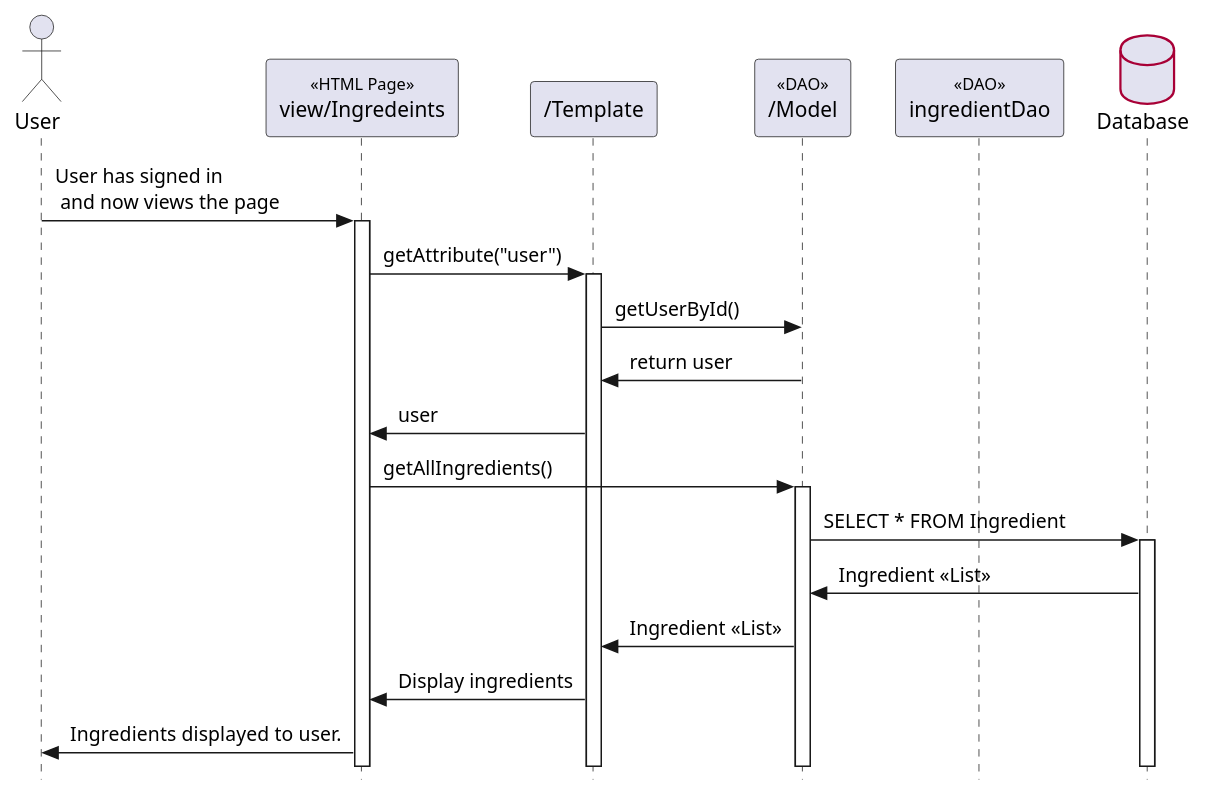
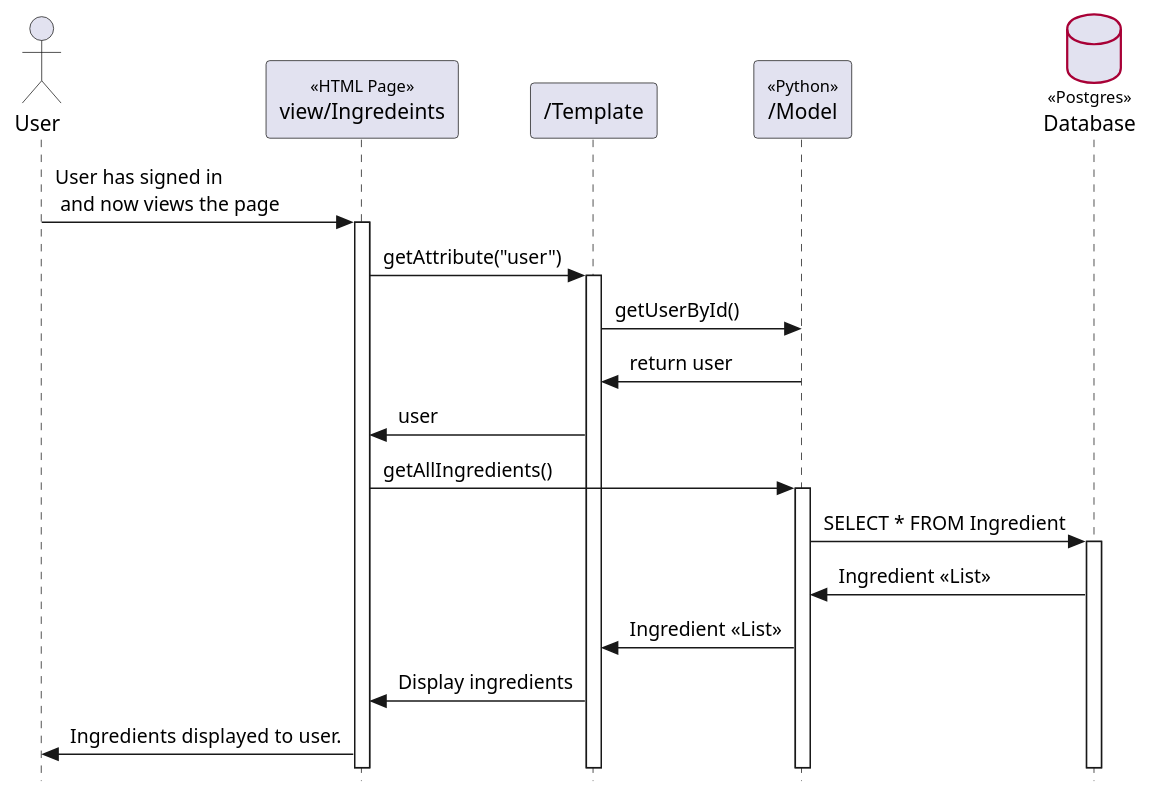
Before and after one commit to bluewolf44/PantryPal: the diagram in Diagrams/UserViewsIngredient.puml, drawn with PlantUML. The commit also changed 1 other file, not shown here.

```diff
--- a/Diagrams/UserViewsIngredient.puml
+++ b/Diagrams/UserViewsIngredient.puml
@@ -1,51 +1,50 @@
 @startuml customerViewsProductPage
 
 ' === Style Tweaks ===
 
 skinparam {
   Style StrictUML
   RoundCorner 5
   ParticipantPadding 10
   Padding 2
   SequenceStereotype {
     Font {
       Size 11
       Style plain
     }
   }
   Database {
 	BorderColor #A80036
   }
 }
 
 
 ' === Actors / Participants
 
 actor "User" as user
 participant "view/Ingredeints" as viewIngredients << HTML Page >>
 participant "/Template" as template
-participant "/Model" as model << DAO >>
-participant "ingredientDao" as ingredientDao << DAO >>
-database "Database" as db
+participant "/Model" as model << Python >>
+database "Database" as db <<Postgres>>
 
 
 ' === Interactions ===
 
 user -> viewIngredients++ : User has signed in\n and now views the page
 
 viewIngredients -> template++ : getAttribute("user")
 template -> model : getUserById()
 model -> template : return user
 template -> viewIngredients : user
 
 
 viewIngredients -> model++ : getAllIngredients()
 model -> db++ : SELECT * FROM Ingredient
 db -> model : Ingredient <<List>>
 model -> template : Ingredient <<List>>
 
 template -> viewIngredients : Display ingredients
 viewIngredients -> user : Ingredients displayed to user.
 
 
 @enduml
```
